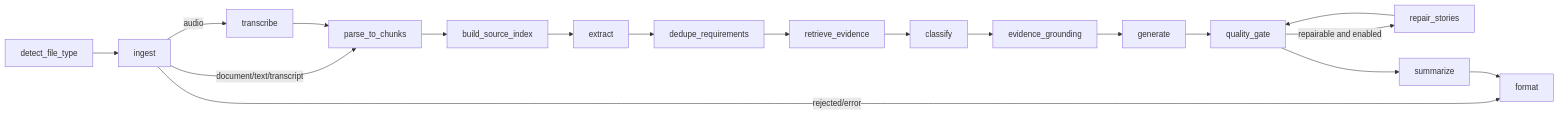
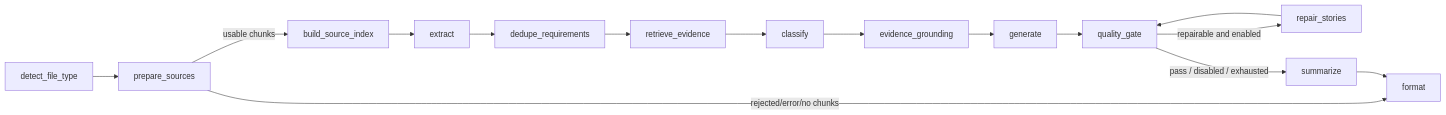
Before and after one commit to Requra/.github: the diagram in profile/diagrams/ai-pipeline.mmd, drawn with Mermaid. The commit also changed 8 other files, not shown here.

```diff
--- a/profile/diagrams/ai-pipeline.mmd
+++ b/profile/diagrams/ai-pipeline.mmd
@@ -1,18 +1,15 @@
 flowchart LR
-    A[detect_file_type] --> B[ingest]
-    B -->|audio| C[transcribe]
-    B -->|document/text/transcript| D[parse_to_chunks]
-    C --> D
-    B -->|rejected/error| O[format]
-    D --> E[build_source_index]
-    E --> F[extract]
-    F --> G[dedupe_requirements]
-    G --> H[retrieve_evidence]
-    H --> I[classify]
-    I --> J[evidence_grounding]
-    J --> K[generate]
-    K --> L[quality_gate]
-    L -->|repairable and enabled| M[repair_stories]
-    M --> L
-    L --> N[summarize]
-    N --> O
+    A[detect_file_type] --> B[prepare_sources]
+    B -->|usable chunks| C[build_source_index]
+    B -->|rejected/error/no chunks| M[format]
+    C --> D[extract]
+    D --> E[dedupe_requirements]
+    E --> F[retrieve_evidence]
+    F --> G[classify]
+    G --> H[evidence_grounding]
+    H --> I[generate]
+    I --> J[quality_gate]
+    J -->|repairable and enabled| K[repair_stories]
+    K --> J
+    J -->|pass / disabled / exhausted| L[summarize]
+    L --> M
```
